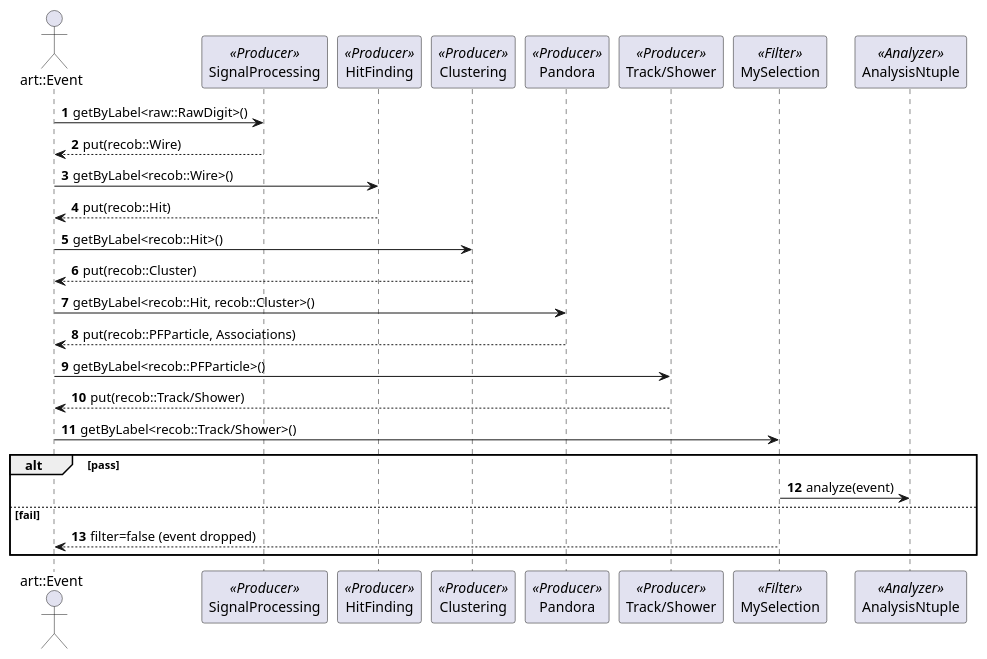
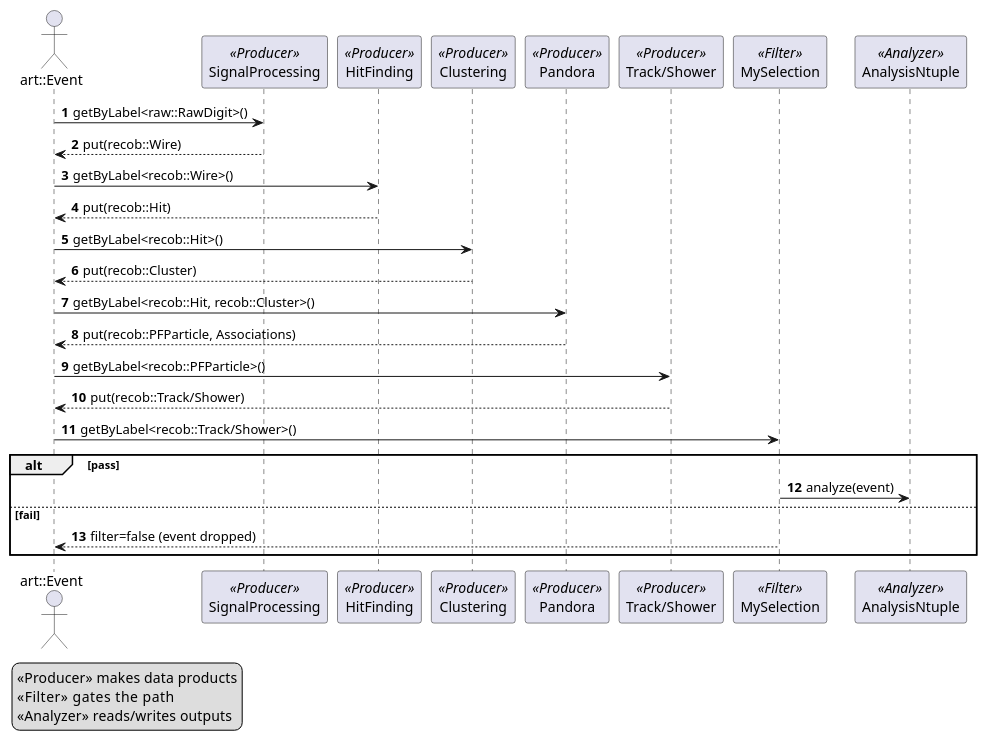
The diagram in sequence.puml (njlane314/workflow-diagrams), drawn with PlantUML before and after one commit. The commit also changed 5 other files, not shown here.

Commit message:
Add legends and split diagrams by subsystem

```diff
--- a/sequence.puml
+++ b/sequence.puml
@@ -1,28 +1,41 @@
 @startuml LArSoft_Sequence
 autonumber
+
+skinparam stereotype {
+  CBackgroundColor<<Producer>> #DFF5E1
+  CBackgroundColor<<Filter>>   #FFEBD6
+  CBackgroundColor<<Analyzer>> #E7E9FF
+}
+
+legend left
+  <<Producer>>  makes data products
+  <<Filter>>    gates the path
+  <<Analyzer>>  reads/writes outputs
+endlegend
+
 actor "art::Event" as E
 participant "SignalProcessing" as SP <<Producer>>
 participant "HitFinding" as HF <<Producer>>
 participant "Clustering" as CL <<Producer>>
 participant "Pandora" as PA <<Producer>>
 participant "Track/Shower" as TS <<Producer>>
 participant "MySelection" as SEL <<Filter>>
 participant "AnalysisNtuple" as AN <<Analyzer>>
 
 E -> SP: getByLabel<raw::RawDigit>()
 SP --> E: put(recob::Wire)
 E -> HF: getByLabel<recob::Wire>()
 HF --> E: put(recob::Hit)
 E -> CL: getByLabel<recob::Hit>()
 CL --> E: put(recob::Cluster)
 E -> PA: getByLabel<recob::Hit, recob::Cluster>()
 PA --> E: put(recob::PFParticle, Associations)
 E -> TS: getByLabel<recob::PFParticle>()
 TS --> E: put(recob::Track/Shower)
 E -> SEL: getByLabel<recob::Track/Shower>()
 alt pass
   SEL -> AN: analyze(event)
 else fail
   SEL --> E: filter=false (event dropped)
 end
 @enduml
```
